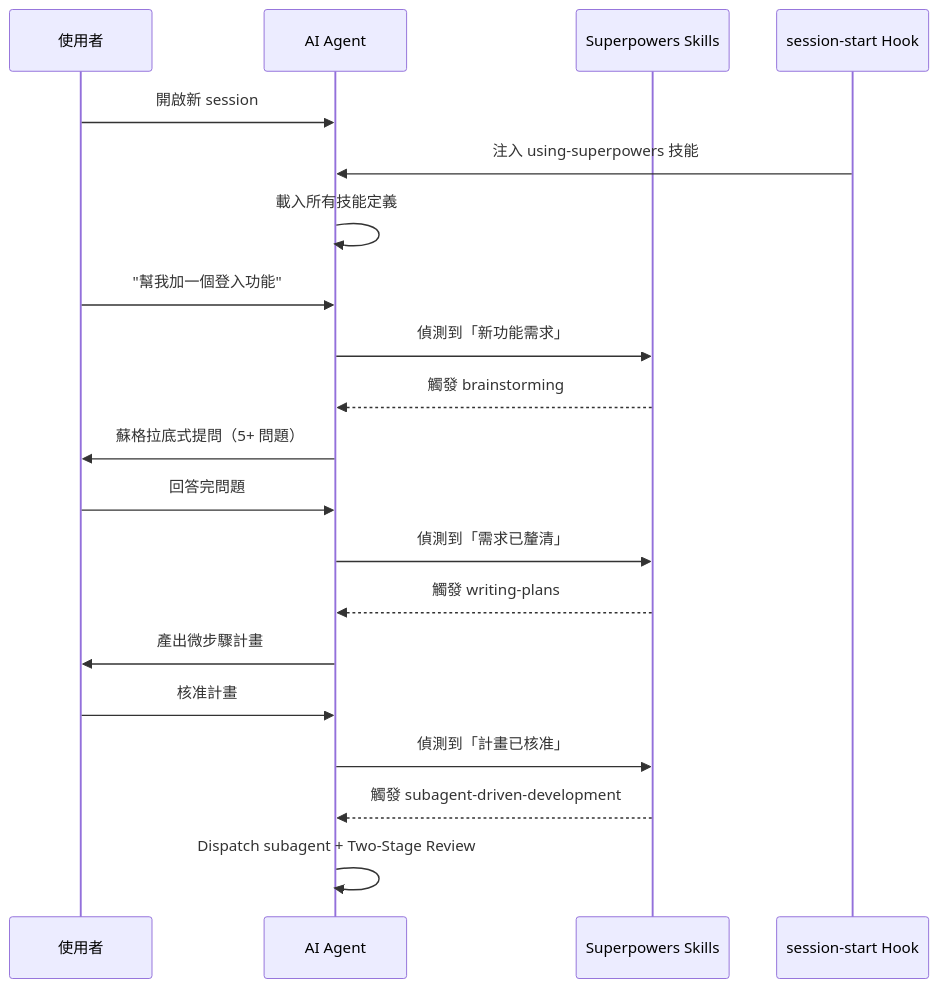
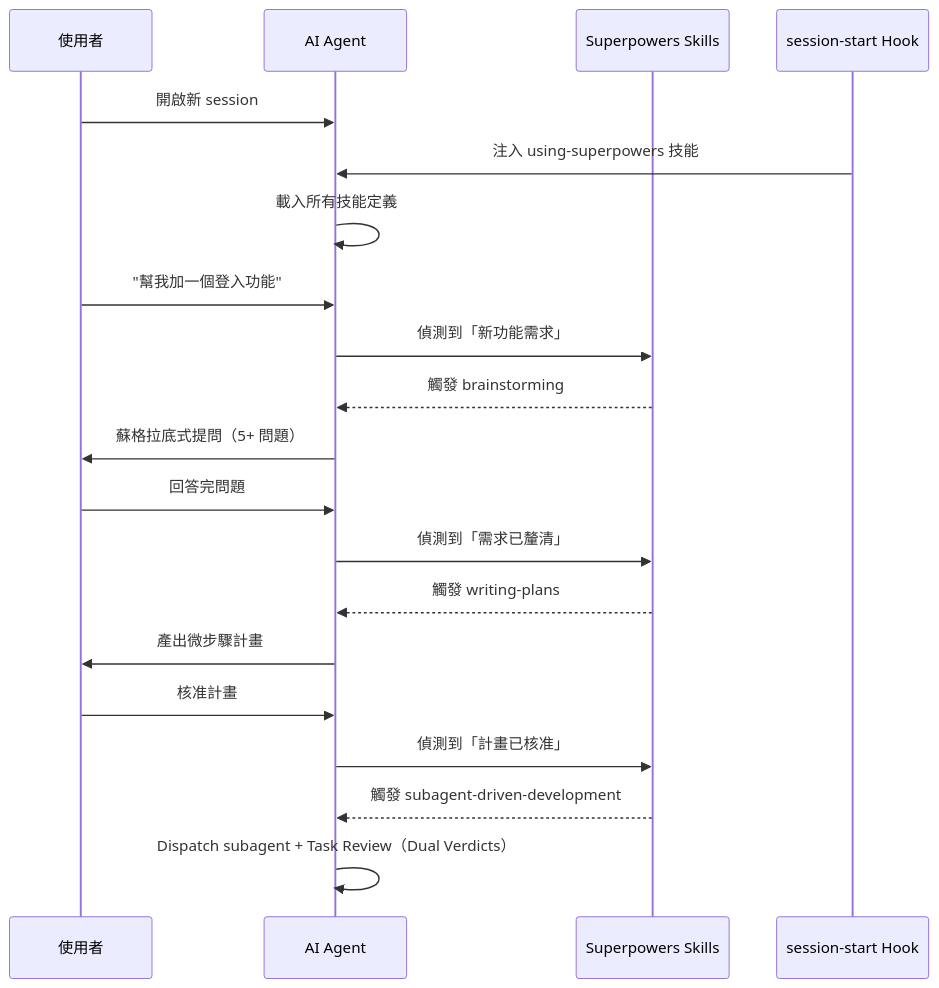
One commit to chihhung/Blog changed the sixth of 43 diagrams in content/posts/教學/AI開發/Superpowers教學手冊.md. Above: the diagram before and after it, drawn with Mermaid. The commit also changed other lines of this file and 22 other files, not shown here.

````diff
--- a/content/posts/教學/AI開發/Superpowers教學手冊.md
+++ b/content/posts/教學/AI開發/Superpowers教學手冊.md
@@ -512,26 +554,26 @@
 ```mermaid
 sequenceDiagram
     participant User as 使用者
     participant Agent as AI Agent
     participant SP as Superpowers Skills
     participant Hook as session-start Hook
     
     User->>Agent: 開啟新 session
     Hook->>Agent: 注入 using-superpowers 技能
     Agent->>Agent: 載入所有技能定義
     
     User->>Agent: "幫我加一個登入功能"
     Agent->>SP: 偵測到「新功能需求」
     SP-->>Agent: 觸發 brainstorming
     Agent->>User: 蘇格拉底式提問（5+ 問題）
     
     User->>Agent: 回答完問題
     Agent->>SP: 偵測到「需求已釐清」
     SP-->>Agent: 觸發 writing-plans
     Agent->>User: 產出微步驟計畫
     
     User->>Agent: 核准計畫
     Agent->>SP: 偵測到「計畫已核准」
     SP-->>Agent: 觸發 subagent-driven-development
-    Agent->>Agent: Dispatch subagent + Two-Stage Review
+    Agent->>Agent: Dispatch subagent + Task Review（Dual Verdicts）
 ```
````
